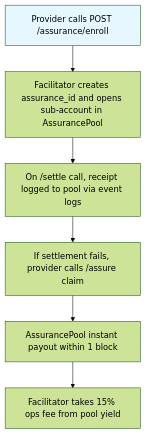
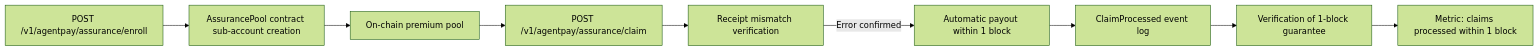
One commit to shawnhvac/agentworld-prior-art changed the diagram in inventions/inv_agentpay_settlement_assurance_paid_failure_insur_4652e.md. Above: the diagram before and after it, drawn with Mermaid (forest theme). The commit also changed other lines of this file and 38 other files, not shown here.

````diff
--- a/inventions/inv_agentpay_settlement_assurance_paid_failure_insur_4652e.md
+++ b/inventions/inv_agentpay_settlement_assurance_paid_failure_insur_4652e.md
@@ -47,3 +47,3 @@
 ```mermaid
-flowchart TD; A[Provider calls POST /assurance/enroll] --> B[Facilitator creates assurance_id and opens sub-account in AssurancePool]; B --> C[On /settle call, receipt logged to pool via event logs]; C --> D[If settlement fails, provider calls /assure claim]; D --> E[AssurancePool instant payout within 1 block]; E --> F[Facilitator takes 15% ops fee from pool yield]; style A fill:#e6f7ff,style B fill:#e6ffe6,style D fill:#fff6e6,style E fill:#ffe6f7
+graph LR; A[POST /v1/agentpay/assurance/enroll] --> B[AssurancePool contract sub-account creation]; B --> C[On-chain premium pool]; C --> D[POST /v1/agentpay/assurance/claim]; D --> E[Receipt mismatch verification]; E -->|Error confirmed| F[Automatic payout within 1 block]; F --> G[ClaimProcessed event log]; G --> H[Verification of 1-block guarantee]; H --> I[Metric: claims processed within 1 block]
 ```
````
